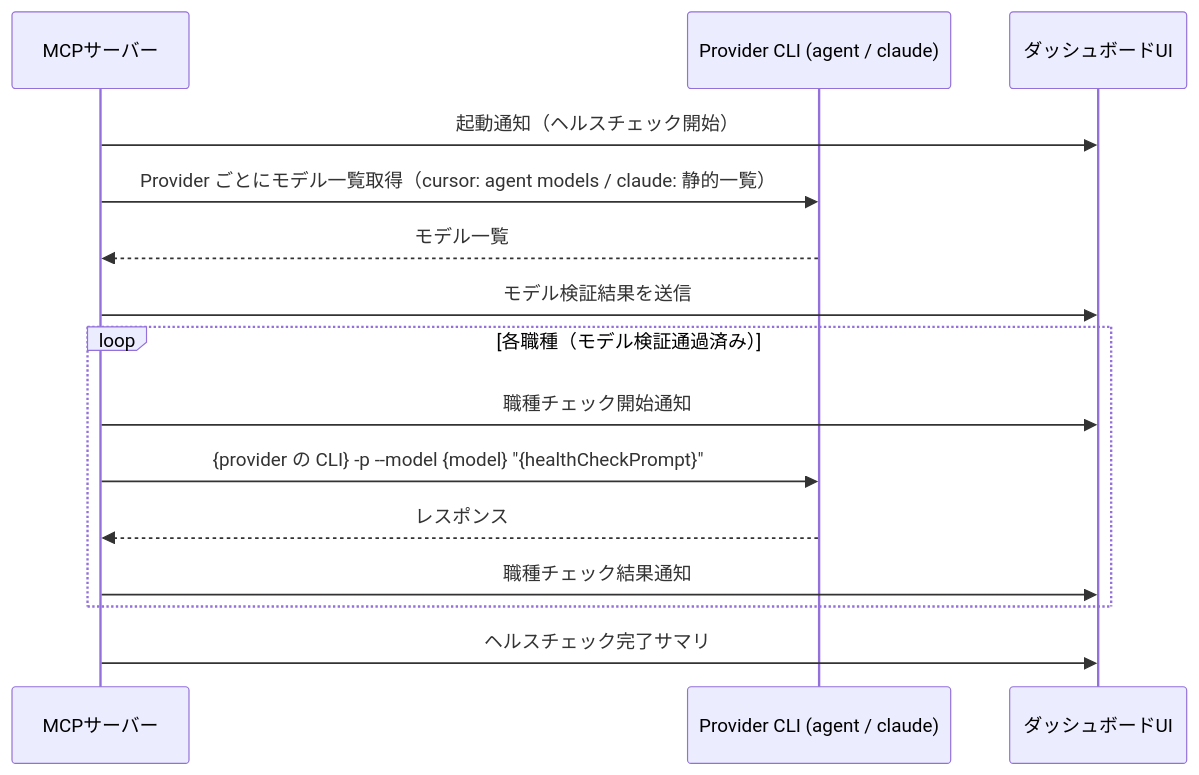
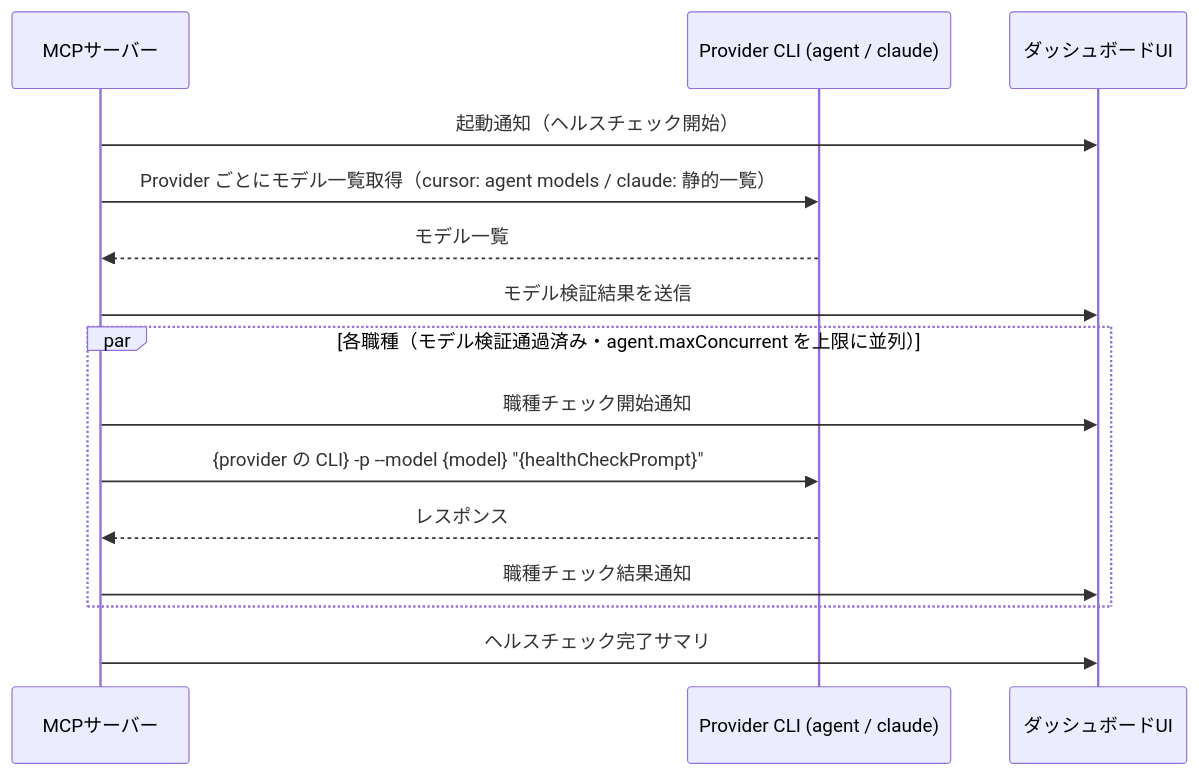
Before and after one commit to moritaoy/kuromajutsu: the third of 8 diagrams in docs/spec.md, drawn with Mermaid. The commit also changed other lines of this file and 2 other files, not shown here.

First line of the commit message:
perf(health): 職種のヘルスチェックを agent.maxConcurrent を上限に並列実行

````diff
--- a/docs/spec.md
+++ b/docs/spec.md
@@ -1173,20 +1173,20 @@
 ```mermaid
 sequenceDiagram
     participant Server as MCPサーバー
     participant CLI as Provider CLI (agent / claude)
     participant UI as ダッシュボードUI
 
     Server->>UI: 起動通知（ヘルスチェック開始）
     Server->>CLI: Provider ごとにモデル一覧取得（cursor: agent models / claude: 静的一覧）
     CLI-->>Server: モデル一覧
     Server->>UI: モデル検証結果を送信
 
-    loop 各職種（モデル検証通過済み）
+    par 各職種（モデル検証通過済み・agent.maxConcurrent を上限に並列）
         Server->>UI: 職種チェック開始通知
         Server->>CLI: {provider の CLI} -p --model {model} "{healthCheckPrompt}"
         CLI-->>Server: レスポンス
         Server->>UI: 職種チェック結果通知
     end
 
     Server->>UI: ヘルスチェック完了サマリ
 ```
````
